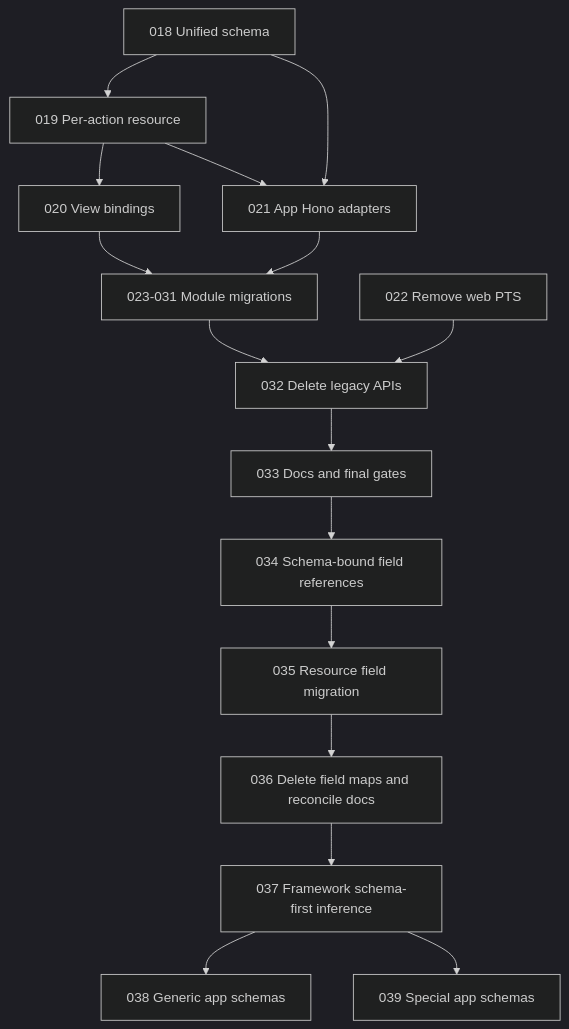
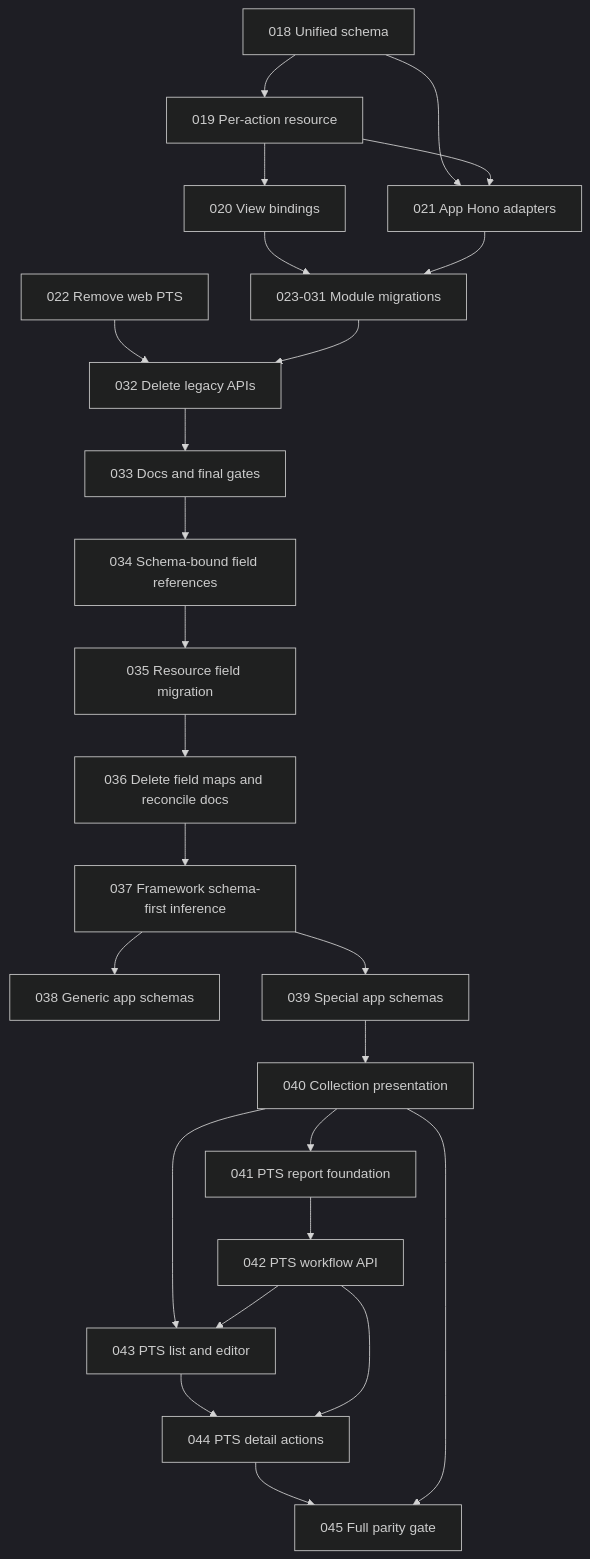
The diagram in plans/README.md (southneuhof/carta), drawn with Mermaid (dark theme) before and after one commit. The commit also changed other lines of this file and 6 other files, not shown here.

````diff
--- a/plans/README.md
+++ b/plans/README.md
@@ -40,18 +46,27 @@
 ```mermaid
 flowchart TD
   S["018 Unified schema"] --> R["019 Per-action resource"]
   R --> V["020 View bindings"]
   S --> H["021 App Hono adapters"]
   R --> H
   V --> M["023-031 Module migrations"]
   H --> M
   P["022 Remove web PTS"] --> C["032 Delete legacy APIs"]
   M --> C
   C --> D["033 Docs and final gates"]
   D --> F["034 Schema-bound field references"]
   F --> FM["035 Resource field migration"]
   FM --> FD["036 Delete field maps and reconcile docs"]
   FD --> Z["037 Framework schema-first inference"]
   Z --> ZG["038 Generic app schemas"]
   Z --> ZS["039 Special app schemas"]
+  ZS --> C40["040 Collection presentation"]
+  C40 --> P41["041 PTS report foundation"]
+  P41 --> P42["042 PTS workflow API"]
+  C40 --> P43["043 PTS list and editor"]
+  P42 --> P43
+  P43 --> P44["044 PTS detail actions"]
+  P42 --> P44
+  P44 --> P45["045 Full parity gate"]
+  C40 --> P45
 ```
````
